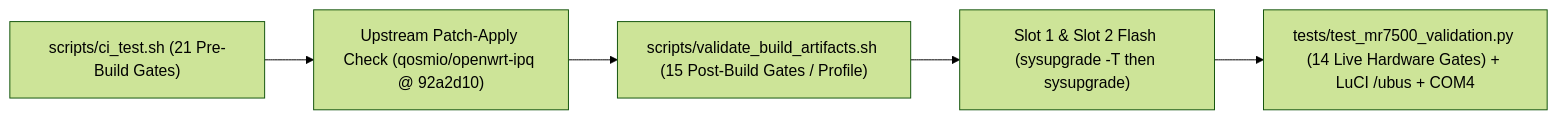
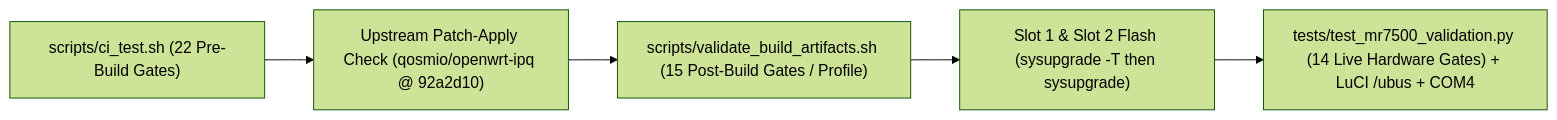
One commit to SanjayRavindran/Linksys-MR7500-NSS changed the diagram in .agents/skills/mr7500-nss-openwrt/references/test-cases.md. Above: the diagram before and after it, drawn with Mermaid (forest theme). The commit also changed other lines of this file and 13 other files, not shown here.

Commit message:
docs & cleanup: update MR7500 docs for Patch 0008 PSGMII, add Mermaid flowcharts, and harden TC-05

````diff
--- a/.agents/skills/mr7500-nss-openwrt/references/test-cases.md
+++ b/.agents/skills/mr7500-nss-openwrt/references/test-cases.md
@@ -5,7 +5,7 @@
 ```mermaid
 flowchart LR
-    CI["scripts/ci_test.sh (21 Pre-Build Gates)"] --> PA["Upstream Patch-Apply Check (qosmio/openwrt-ipq @ 92a2d10)"]
+    CI["scripts/ci_test.sh (22 Pre-Build Gates)"] --> PA["Upstream Patch-Apply Check (qosmio/openwrt-ipq @ 92a2d10)"]
     PA --> ART["scripts/validate_build_artifacts.sh (15 Post-Build Gates / Profile)"]
     ART --> FL["Slot 1 & Slot 2 Flash (sysupgrade -T then sysupgrade)"]
     FL --> LIVE["tests/test_mr7500_validation.py (14 Live Hardware Gates) + LuCI /ubus + COM4"]
 ```
````
